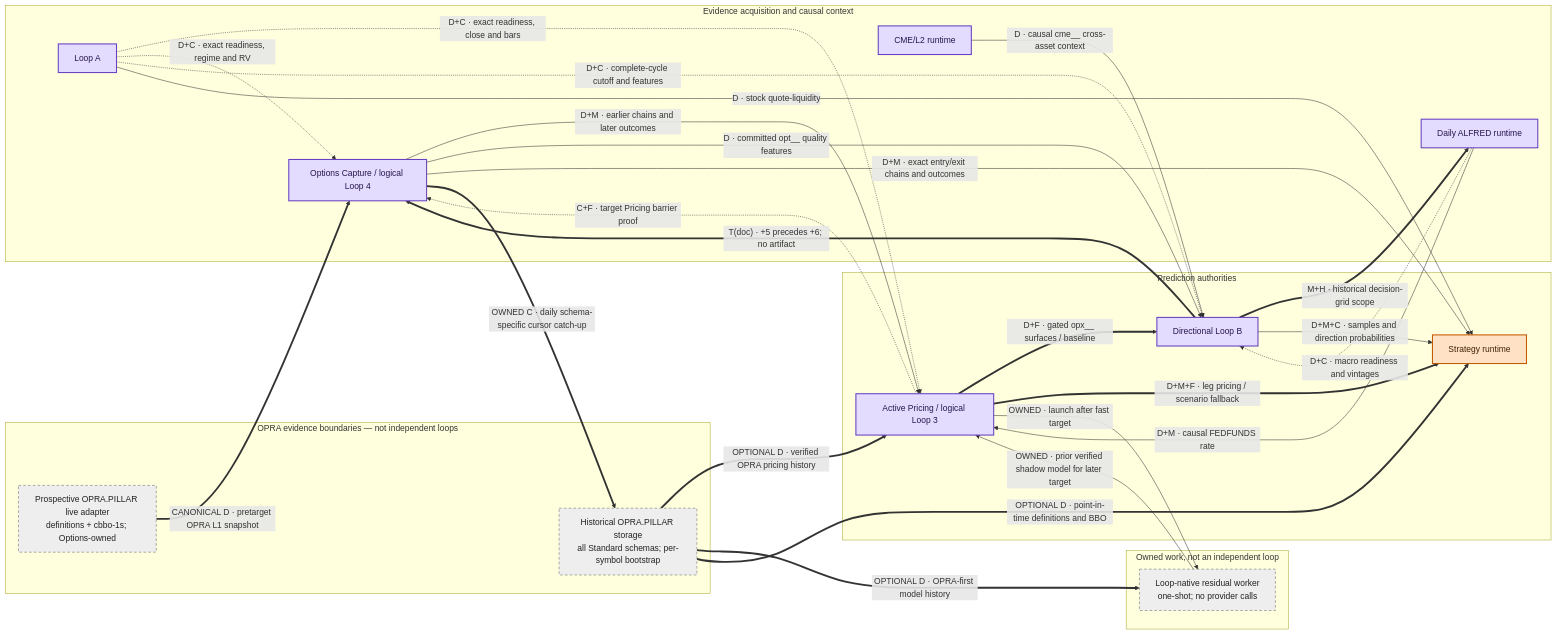
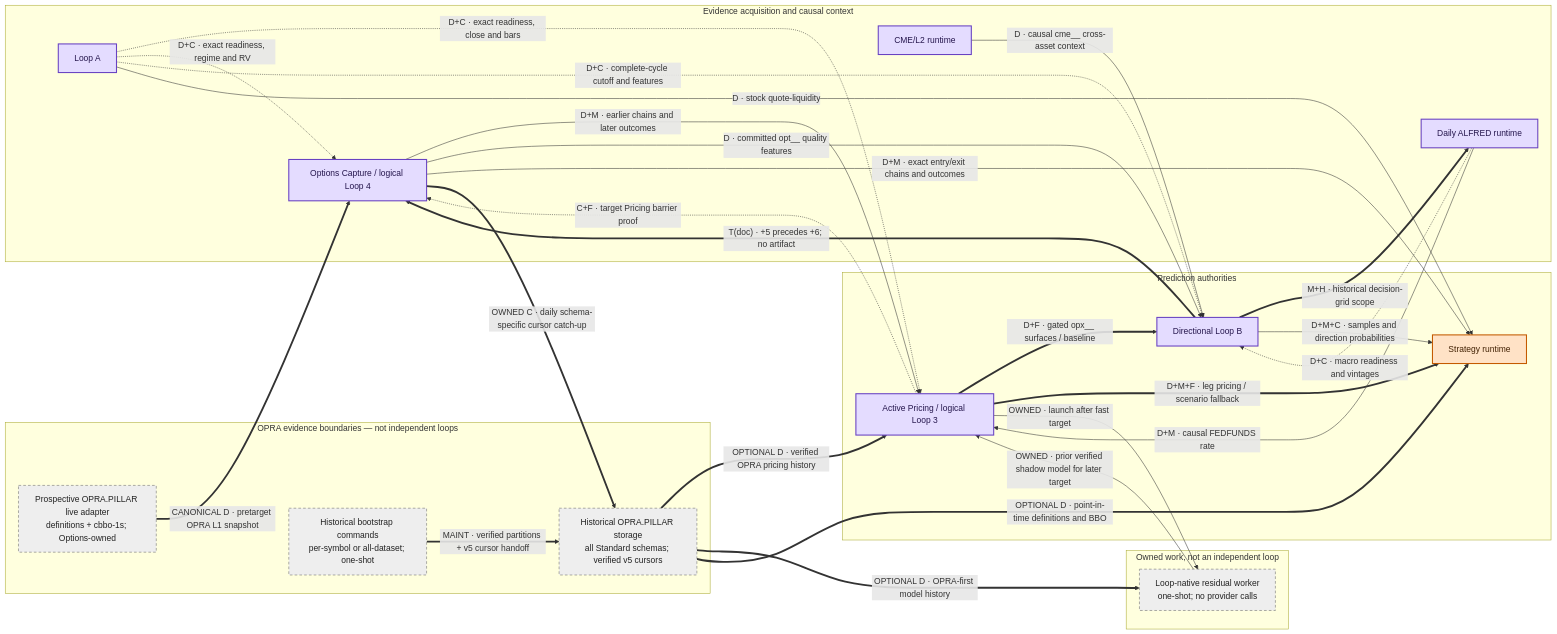
Before and after one commit to jeremysecondstate/ducketz: the first of 2 diagrams in docs/loops-system-analysis/LOOP_MAP.md, drawn with Mermaid. The commit also changed other lines of this file and 21 other files, not shown here.

First line of the commit message:
Expand documentation to include `databento_cold_start` and historical OPRA bootstrap clarifications:

````diff
--- a/docs/loops-system-analysis/LOOP_MAP.md
+++ b/docs/loops-system-analysis/LOOP_MAP.md
@@ -5,56 +5,58 @@
 ```mermaid
 flowchart LR
     subgraph BOUNDARIES[OPRA evidence boundaries — not independent loops]
         OPRAL["Prospective OPRA.PILLAR live adapter<br/>definitions + cbbo-1s; Options-owned"]
-        OPRAH["Historical OPRA.PILLAR storage<br/>all Standard schemas; per-symbol bootstrap"]
+        BOOT["Historical bootstrap commands<br/>per-symbol or all-dataset; one-shot"]
+        OPRAH["Historical OPRA.PILLAR storage<br/>all Standard schemas; verified v5 cursors"]
     end
 
     subgraph EVIDENCE[Evidence acquisition and causal context]
         CME["CME/L2 runtime"]
         A["Loop A"]
         FRED["Daily ALFRED runtime"]
         OPT["Options Capture / logical Loop 4"]
     end
 
     subgraph PREDICTION[Prediction authorities]
         PR["Active Pricing / logical Loop 3"]
         B["Directional Loop B"]
         STR["Strategy runtime"]
     end
 
     subgraph OWNED[Owned work, not an independent loop]
         W["Loop-native residual worker<br/>one-shot; no provider calls"]
     end
 
     CME -->|"D · causal cme__ cross-asset context"| B
     A -.->|"D+C · exact readiness, close and bars"| PR
     A -.->|"D+C · exact readiness, regime and RV"| OPT
     A -.->|"D+C · complete-cycle cutoff and features"| B
     A -->|"D · stock quote-liquidity"| STR
     FRED -->|"D+M · causal FEDFUNDS rate"| PR
     FRED -.->|"D+C · macro readiness and vintages"| B
     B ==>|"M+H · historical decision-grid scope"| FRED
     PR -.->|"C+F · target Pricing barrier proof"| OPT
     OPT -->|"D+M · earlier chains and later outcomes"| PR
     PR ==>|"D+F · gated opx__ surfaces / baseline"| B
     OPT -->|"D · committed opt__ quality features"| B
     B -->|"D+M+C · samples and direction probabilities"| STR
     OPT -->|"D+M · exact entry/exit chains and outcomes"| STR
     PR ==>|"D+M+F · leg pricing / scenario fallback"| STR
     B ==>|"T(doc) · +5 precedes +6; no artifact"| OPT
     PR -->|"OWNED · launch after fast target"| W
     W -->|"OWNED · prior verified shadow model for later target"| PR
     OPRAL ==>|"CANONICAL D · pretarget OPRA L1 snapshot"| OPT
+    BOOT ==>|"MAINT · verified partitions + v5 cursor handoff"| OPRAH
     OPT ==>|"OWNED C · daily schema-specific cursor catch-up"| OPRAH
     OPRAH ==>|"OPTIONAL D · verified OPRA pricing history"| PR
     OPRAH ==>|"OPTIONAL D · OPRA-first model history"| W
     OPRAH ==>|"OPTIONAL D · point-in-time definitions and BBO"| STR
 
     classDef horizon fill:#d8ecff,stroke:#1565c0,color:#102a43,stroke-width:2px;
     classDef options fill:#ffe2c6,stroke:#c45a00,color:#432204,stroke-width:2px;
     classDef both fill:#e4dcff,stroke:#6842c2,color:#25164d,stroke-width:2px;
     classDef support fill:#eeeeee,stroke:#666666,color:#222222,stroke-dasharray:5 4;
     class CME,A,FRED,OPT,PR,B both;
     class STR options;
-    class W,OPRAL,OPRAH support;
+    class W,OPRAL,BOOT,OPRAH support;
 ```
````
